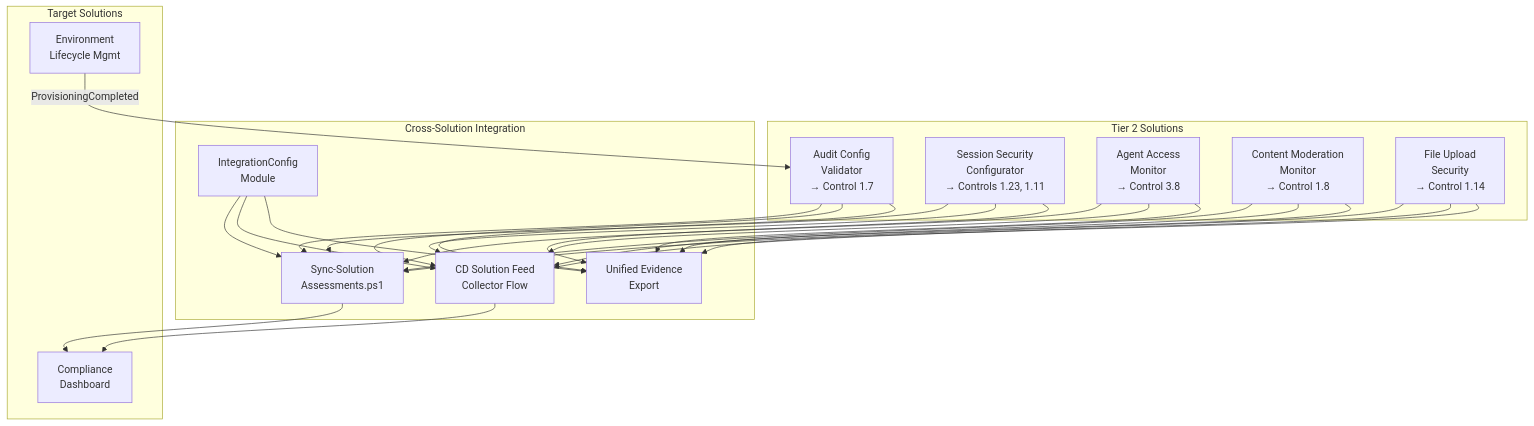
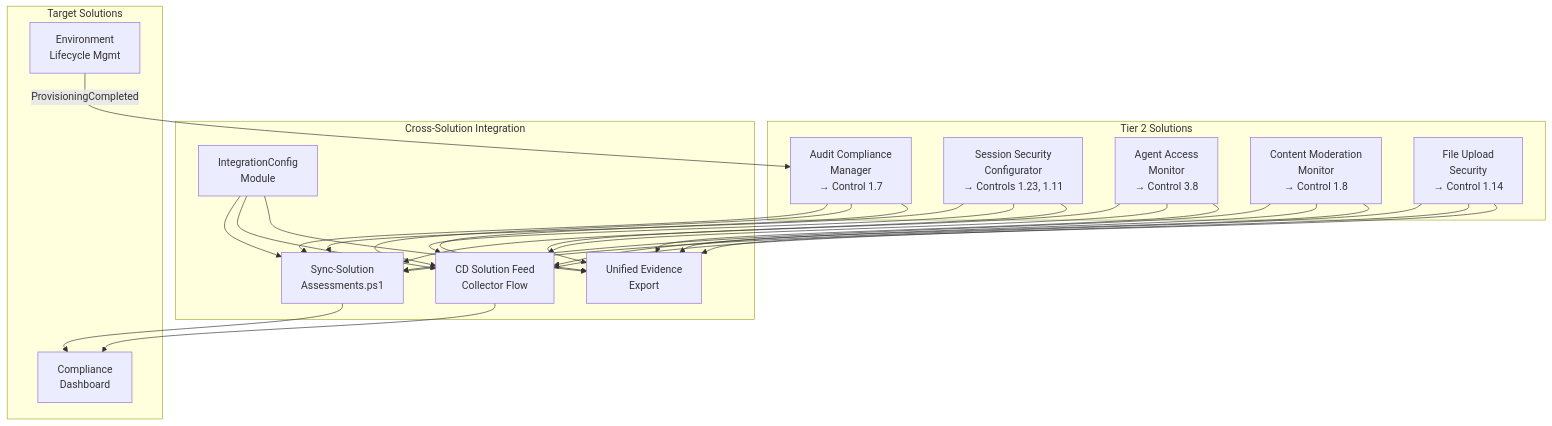
The second of 2 diagrams in docs/framework/solutions-integration.md (judeper/FSI-AgentGov), drawn with Mermaid before and after one commit. The commit also changed other lines of this file and 6 other files, not shown here.

First line of the commit message:
docs(1.7): consolidate ACV + ALCA into Audit Compliance Manager (ACM)

````diff
--- a/docs/framework/solutions-integration.md
+++ b/docs/framework/solutions-integration.md
@@ -433,48 +433,48 @@
 ```mermaid
 flowchart TB
     subgraph Tier2["Tier 2 Solutions"]
-        ACV[Audit Config<br/>Validator<br/>→ Control 1.7]
+        ACM[Audit Compliance<br/>Manager<br/>→ Control 1.7]
         SSC[Session Security<br/>Configurator<br/>→ Controls 1.23, 1.11]
         AAM[Agent Access<br/>Monitor<br/>→ Control 3.8]
         CMM[Content Moderation<br/>Monitor<br/>→ Control 1.8]
         FUS[File Upload<br/>Security<br/>→ Control 1.14]
     end
 
     subgraph Integration["Cross-Solution Integration"]
         SYNC[Sync-Solution<br/>Assessments.ps1]
         FLOW[CD Solution Feed<br/>Collector Flow]
         CONFIG[IntegrationConfig<br/>Module]
         EXPORT[Unified Evidence<br/>Export]
     end
 
     subgraph Targets["Target Solutions"]
         CD[Compliance<br/>Dashboard]
         ELM[Environment<br/>Lifecycle Mgmt]
     end
 
-    ACV --> SYNC
+    ACM --> SYNC
     SSC --> SYNC
     AAM --> SYNC
     CMM --> SYNC
     FUS --> SYNC
 
-    ACV --> FLOW
+    ACM --> FLOW
     SSC --> FLOW
     AAM --> FLOW
     CMM --> FLOW
     FUS --> FLOW
 
     SYNC --> CD
     FLOW --> CD
     CONFIG --> SYNC
     CONFIG --> FLOW
     CONFIG --> EXPORT
 
-    ELM -->|ProvisioningCompleted| ACV
+    ELM -->|ProvisioningCompleted| ACM
 
-    ACV --> EXPORT
+    ACM --> EXPORT
     SSC --> EXPORT
     AAM --> EXPORT
     CMM --> EXPORT
     FUS --> EXPORT
 ```
````
